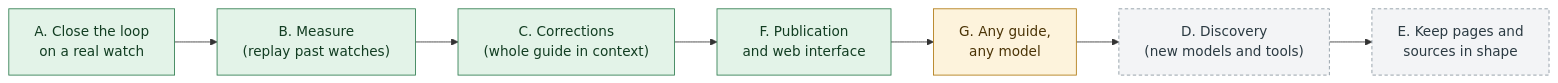
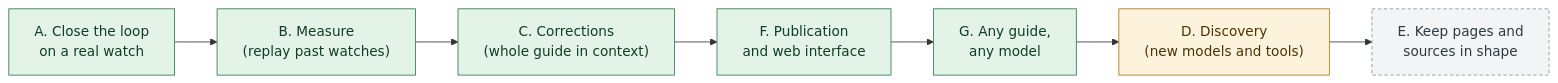
Before and after one commit to DamienBecherini/vault-watch-agent: the fifth of 5 diagrams in docs/presentation.md, drawn with Mermaid. The commit also changed other lines of this file and 27 other files, not shown here.

````diff
--- a/docs/presentation.md
+++ b/docs/presentation.md
@@ -156,12 +168,12 @@
 ```mermaid
 flowchart LR
   A["A. Close the loop<br/>on a real watch"]:::done --> B["B. Measure<br/>(replay past watches)"]:::done
   B --> C["C. Corrections<br/>(whole guide in context)"]:::done
   C --> F["F. Publication<br/>and web interface"]:::done
-  F --> G["G. Any guide,<br/>any model"]:::now
-  G --> D["D. Discovery<br/>(new models and tools)"]:::next
+  F --> G["G. Any guide,<br/>any model"]:::done
+  G --> D["D. Discovery<br/>(new models and tools)"]:::now
   D --> E["E. Keep pages and<br/>sources in shape"]:::next
   classDef done fill:#e3f3e8,stroke:#2f7d4f,color:#123d22
   classDef now fill:#fdf3dc,stroke:#b07a12,color:#4a3305
   classDef next fill:#f3f4f6,stroke:#8a96a0,color:#2b3a42,stroke-dasharray:4 3
 ```
````
